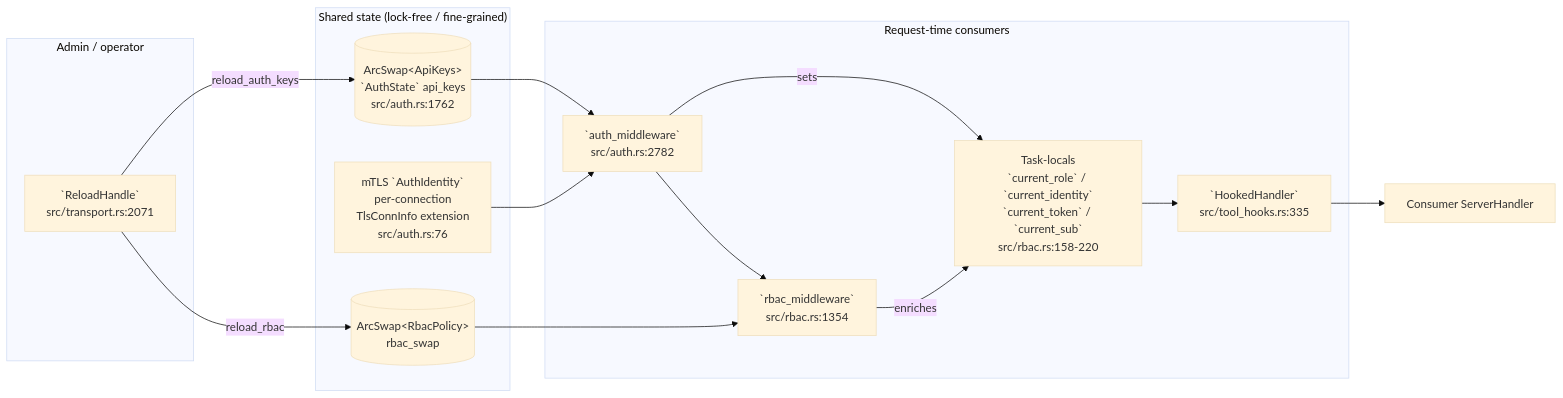
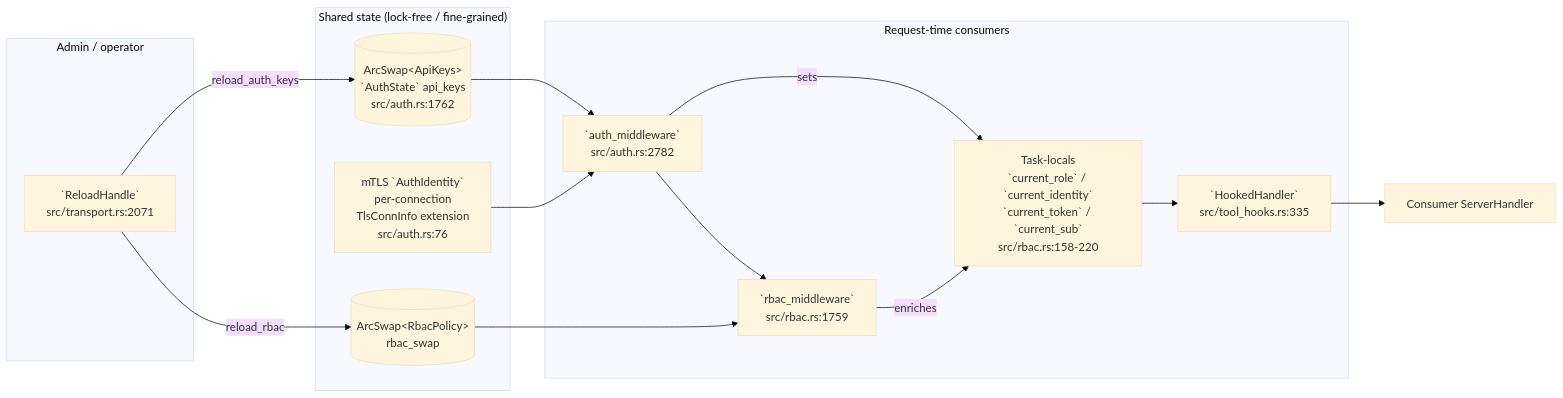
One commit to andrico21/rmcp-server-kit changed the third of 4 diagrams in docs/MINDMAP.md. Above: the diagram before and after it, drawn with Mermaid (base theme). The commit also changed other lines of this file and 18 other files, not shown here.

````diff
--- a/docs/MINDMAP.md
+++ b/docs/MINDMAP.md
@@ -345,31 +345,31 @@
 ```mermaid
 flowchart LR
     subgraph Admin["Admin / operator"]
         RH[`ReloadHandle`<br/>src/transport.rs:2071]
     end
 
     subgraph SharedState["Shared state (lock-free / fine-grained)"]
         AKS[(ArcSwap&lt;ApiKeys&gt;<br/>`AuthState` api_keys<br/>src/auth.rs:1762)]
         RBS[(ArcSwap&lt;RbacPolicy&gt;<br/>rbac_swap)]
         MTL[mTLS `AuthIdentity`<br/>per-connection<br/>TlsConnInfo extension<br/>src/auth.rs:76]
     end
 
     subgraph Hot["Request-time consumers"]
         AM[`auth_middleware`<br/>src/auth.rs:2782]
-        BM[`rbac_middleware`<br/>src/rbac.rs:1354]
+        BM[`rbac_middleware`<br/>src/rbac.rs:1759]
         TL["Task-locals<br/>`current_role` / `current_identity`<br/>`current_token` / `current_sub`<br/>src/rbac.rs:158-220"]
         TH[`HookedHandler`<br/>src/tool_hooks.rs:335]
     end
 
     RH -- reload_auth_keys --> AKS
     RH -- reload_rbac --> RBS
 
     AKS --> AM
     MTL --> AM
     AM -- sets --> TL
     AM --> BM
     RBS --> BM
     BM -- enriches --> TL
     TL --> TH
     TH --> Consumer[Consumer ServerHandler]
 ```
````
